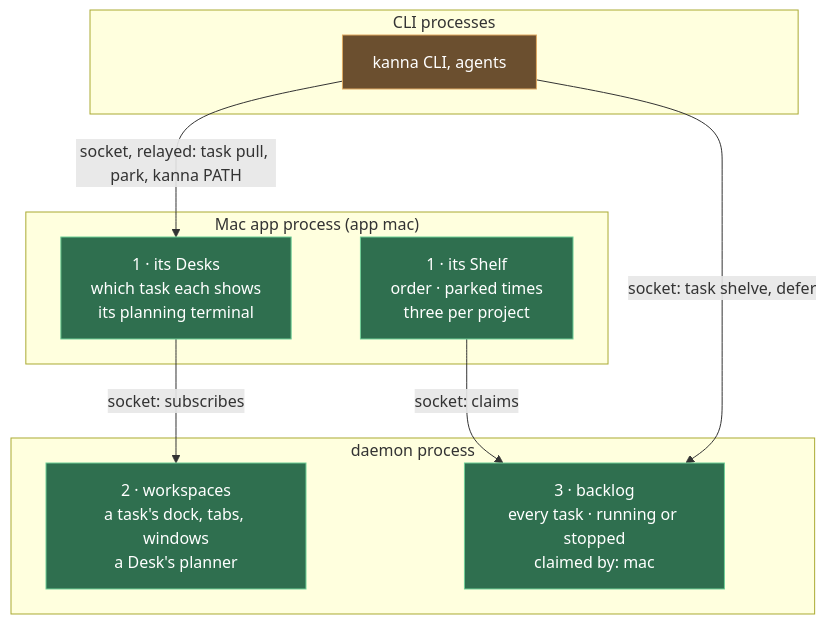
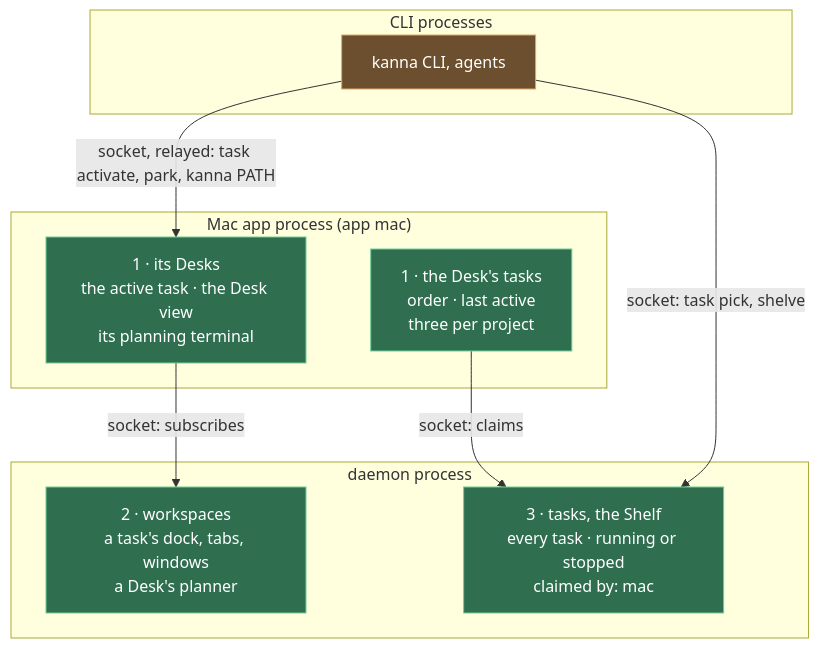
The diagram in docs/specs/app-desk.md (tampopogk/kanna), drawn with Mermaid before and after one commit. The commit also changed other lines of this file and 51 other files, not shown here.

Commit message:
Specs: Desk and Shelf, the Desk view, pick, shelve, activate, park; backlog-runners → shelf-runners, backlog-search → shelf-search, shelve-latency → move-to-desk-latency

````diff
--- a/docs/specs/app-desk.md
+++ b/docs/specs/app-desk.md
@@ -17,22 +19,22 @@
 ```mermaid
 flowchart TB
     subgraph CLIP["CLI processes"]
         CLI["kanna CLI, agents"]
     end
     subgraph M["Mac app process (app mac)"]
-        DESK["1 · its Desks<br/>which task each shows<br/>its planning terminal"]
-        SHELF["1 · its Shelf<br/>order · parked times<br/>three per project"]
+        DESK["1 · its Desks<br/>the active task · the Desk view<br/>its planning terminal"]
+        SHELF["1 · the Desk's tasks<br/>order · last active<br/>three per project"]
     end
     subgraph D["daemon process"]
         WS["2 · workspaces<br/>a task's dock, tabs, windows<br/>a Desk's planner"]
-        B["3 · backlog<br/>every task · running or stopped<br/>claimed by: mac"]
+        B["3 · tasks, the Shelf<br/>every task · running or stopped<br/>claimed by: mac"]
     end
-    CLI -->|"socket: task shelve, defer"| B
-    CLI -->|"socket, relayed: task pull, park, kanna PATH"| DESK
+    CLI -->|"socket: task pick, shelve"| B
+    CLI -->|"socket, relayed: task activate, park, kanna PATH"| DESK
     DESK -->|"socket: subscribes"| WS
     SHELF -->|"socket: claims"| B
     classDef ours fill:#2f6f4f,stroke:#6fcf97,color:#ffffff
     classDef client fill:#6b4f2f,stroke:#e0a960,color:#ffffff
     class DESK,SHELF,WS,B ours
     class CLI client
 ```
````
